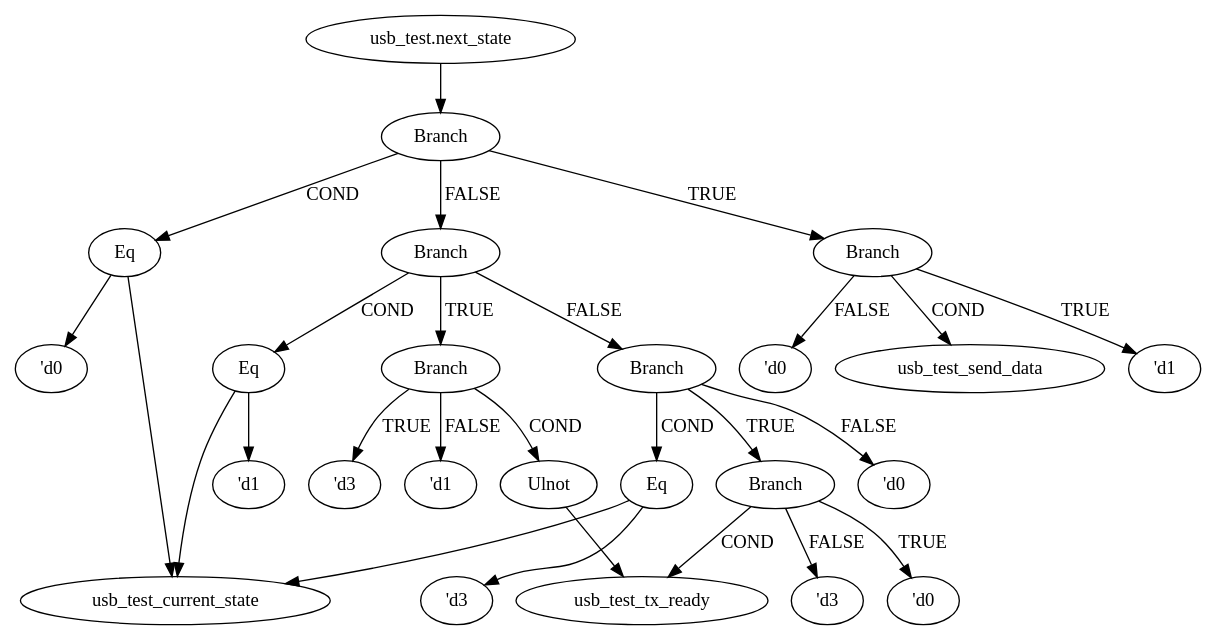
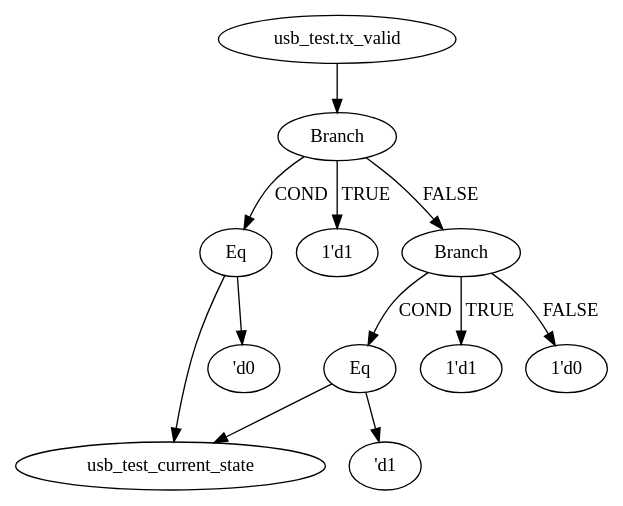
One commit to vnay01/MasterThesis changed the diagram in usb_test.dot. Above: the diagram before and after it, drawn with Graphviz. The commit also changed 5 other files, not shown here.

```diff
--- a/usb_test.dot
+++ b/usb_test.dot
@@ -1,92 +1,41 @@
 strict digraph "" {
 	node [label="\N"];
-	"usb_test.next_state_graphrename_0"	[color=black,
-		label="usb_test.next_state"];
+	"usb_test.tx_valid_graphrename_0"	[color=black,
+		label="usb_test.tx_valid"];
 	Branch_graphrename_1	[color=black,
 		label=Branch];
-	"usb_test.next_state_graphrename_0" -> Branch_graphrename_1	[color=black];
+	"usb_test.tx_valid_graphrename_0" -> Branch_graphrename_1	[color=black];
 	Eq_graphrename_2	[color=black,
 		label=Eq];
 	Branch_graphrename_1 -> Eq_graphrename_2	[color=black,
 		label=COND];
-	Branch_graphrename_4	[color=black,
+	"1'd1_graphrename_4"	[color=black,
+		label="1'd1"];
+	Branch_graphrename_1 -> "1'd1_graphrename_4"	[color=black,
+		label=TRUE];
+	Branch_graphrename_5	[color=black,
 		label=Branch];
-	Branch_graphrename_1 -> Branch_graphrename_4	[color=black,
-		label=TRUE];
-	Branch_graphrename_7	[color=black,
-		label=Branch];
-	Branch_graphrename_1 -> Branch_graphrename_7	[color=black,
+	Branch_graphrename_1 -> Branch_graphrename_5	[color=black,
 		label=FALSE];
 	usb_test_current_state	[color=black];
 	Eq_graphrename_2 -> usb_test_current_state	[color=black];
 	"'d0_graphrename_3"	[color=black,
 		label="'d0"];
 	Eq_graphrename_2 -> "'d0_graphrename_3"	[color=black];
-	usb_test_send_data	[color=black];
-	Branch_graphrename_4 -> usb_test_send_data	[color=black,
+	Eq_graphrename_6	[color=black,
+		label=Eq];
+	Branch_graphrename_5 -> Eq_graphrename_6	[color=black,
 		label=COND];
-	"'d1_graphrename_5"	[color=black,
+	"1'd1_graphrename_8"	[color=black,
+		label="1'd1"];
+	Branch_graphrename_5 -> "1'd1_graphrename_8"	[color=black,
+		label=TRUE];
+	"1'd0_graphrename_9"	[color=black,
+		label="1'd0"];
+	Branch_graphrename_5 -> "1'd0_graphrename_9"	[color=black,
+		label=FALSE];
+	Eq_graphrename_6 -> usb_test_current_state	[color=black];
+	"'d1_graphrename_7"	[color=black,
 		label="'d1"];
-	Branch_graphrename_4 -> "'d1_graphrename_5"	[color=black,
-		label=TRUE];
-	"'d0_graphrename_6"	[color=black,
-		label="'d0"];
-	Branch_graphrename_4 -> "'d0_graphrename_6"	[color=black,
-		label=FALSE];
-	Eq_graphrename_8	[color=black,
-		label=Eq];
-	Branch_graphrename_7 -> Eq_graphrename_8	[color=black,
-		label=COND];
-	Branch_graphrename_10	[color=black,
-		label=Branch];
-	Branch_graphrename_7 -> Branch_graphrename_10	[color=black,
-		label=TRUE];
-	Branch_graphrename_14	[color=black,
-		label=Branch];
-	Branch_graphrename_7 -> Branch_graphrename_14	[color=black,
-		label=FALSE];
-	Eq_graphrename_8 -> usb_test_current_state	[color=black];
-	"'d1_graphrename_9"	[color=black,
-		label="'d1"];
-	Eq_graphrename_8 -> "'d1_graphrename_9"	[color=black];
-	Ulnot_graphrename_11	[color=black,
-		label=Ulnot];
-	Branch_graphrename_10 -> Ulnot_graphrename_11	[color=black,
-		label=COND];
-	"'d3_graphrename_12"	[color=black,
-		label="'d3"];
-	Branch_graphrename_10 -> "'d3_graphrename_12"	[color=black,
-		label=TRUE];
-	"'d1_graphrename_13"	[color=black,
-		label="'d1"];
-	Branch_graphrename_10 -> "'d1_graphrename_13"	[color=black,
-		label=FALSE];
-	usb_test_tx_ready	[color=black];
-	Ulnot_graphrename_11 -> usb_test_tx_ready	[color=black];
-	Eq_graphrename_15	[color=black,
-		label=Eq];
-	Branch_graphrename_14 -> Eq_graphrename_15	[color=black,
-		label=COND];
-	Branch_graphrename_17	[color=black,
-		label=Branch];
-	Branch_graphrename_14 -> Branch_graphrename_17	[color=black,
-		label=TRUE];
-	"'d0_graphrename_20"	[color=black,
-		label="'d0"];
-	Branch_graphrename_14 -> "'d0_graphrename_20"	[color=black,
-		label=FALSE];
-	Eq_graphrename_15 -> usb_test_current_state	[color=black];
-	"'d3_graphrename_16"	[color=black,
-		label="'d3"];
-	Eq_graphrename_15 -> "'d3_graphrename_16"	[color=black];
-	Branch_graphrename_17 -> usb_test_tx_ready	[color=black,
-		label=COND];
-	"'d0_graphrename_18"	[color=black,
-		label="'d0"];
-	Branch_graphrename_17 -> "'d0_graphrename_18"	[color=black,
-		label=TRUE];
-	"'d3_graphrename_19"	[color=black,
-		label="'d3"];
-	Branch_graphrename_17 -> "'d3_graphrename_19"	[color=black,
-		label=FALSE];
+	Eq_graphrename_6 -> "'d1_graphrename_7"	[color=black];
 }
```
